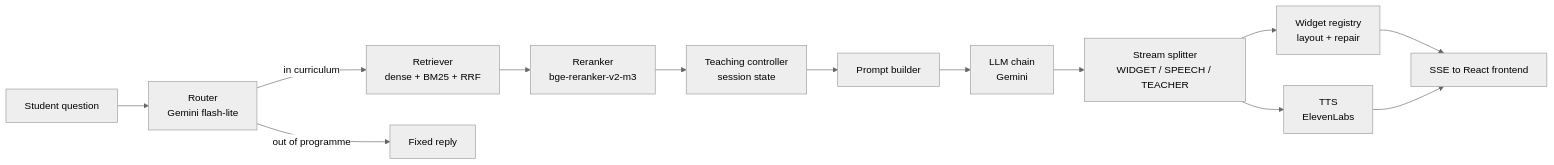
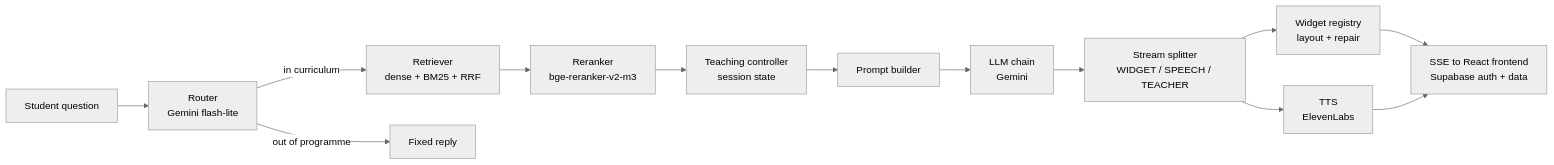
The diagram in README.md (nour-abdessatar/PROF_IA), drawn with Mermaid (neutral theme) before and after one commit. The commit also changed other lines of this file and 2 other files, not shown here.

````diff
--- a/README.md
+++ b/README.md
@@ -29,14 +30,14 @@
 ```mermaid
 flowchart LR
     Q[Student question] --> R[Router<br/>Gemini flash-lite]
     R -->|in curriculum| P[Retriever<br/>dense + BM25 + RRF]
     P --> RR[Reranker<br/>bge-reranker-v2-m3]
     RR --> T[Teaching controller<br/>session state]
     T --> PB[Prompt builder]
     PB --> L[LLM chain<br/>Gemini]
     L --> S[Stream splitter<br/>WIDGET / SPEECH / TEACHER]
     S --> W[Widget registry<br/>layout + repair]
     S --> V[TTS<br/>ElevenLabs]
-    W & V --> SSE[SSE to React frontend]
+    W & V --> SSE[SSE to React frontend<br/>Supabase auth + data]
     R -->|out of programme| O[Fixed reply]
 ```
````
